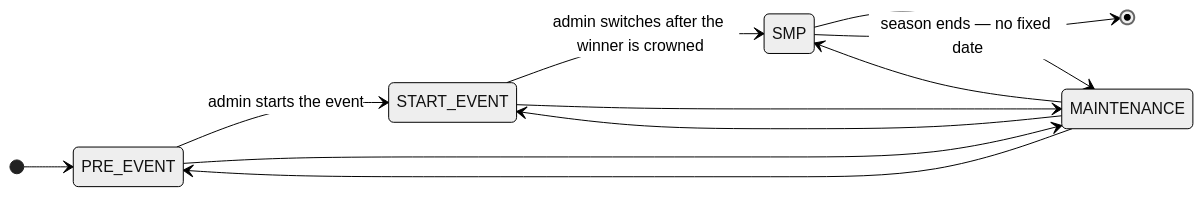
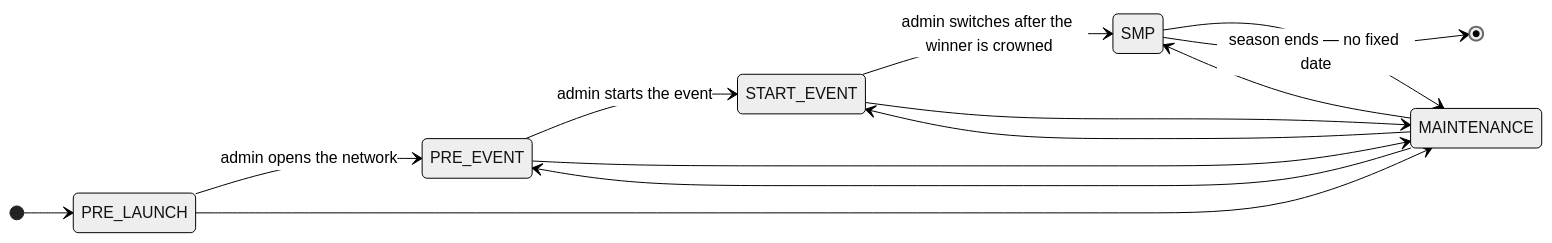
Before and after one commit to nordtal/season-2: the first of 3 diagrams in docs/season-phases.md, drawn with Mermaid (neutral theme). The commit also changed other lines of this file and 53 other files, not shown here.

````diff
--- a/docs/season-phases.md
+++ b/docs/season-phases.md
@@ -12,14 +12,16 @@
 ```mermaid
 stateDiagram-v2
     direction LR
-    [*] --> PRE_EVENT
+    [*] --> PRE_LAUNCH
+    PRE_LAUNCH --> PRE_EVENT: admin opens the network
     PRE_EVENT --> START_EVENT: admin starts the event
     START_EVENT --> SMP: admin switches after the winner is crowned
     PRE_EVENT --> MAINTENANCE
     START_EVENT --> MAINTENANCE
     SMP --> MAINTENANCE
     MAINTENANCE --> PRE_EVENT
     MAINTENANCE --> START_EVENT
     MAINTENANCE --> SMP
+    PRE_LAUNCH --> MAINTENANCE
     SMP --> [*]: season ends — no fixed date
 ```
````
